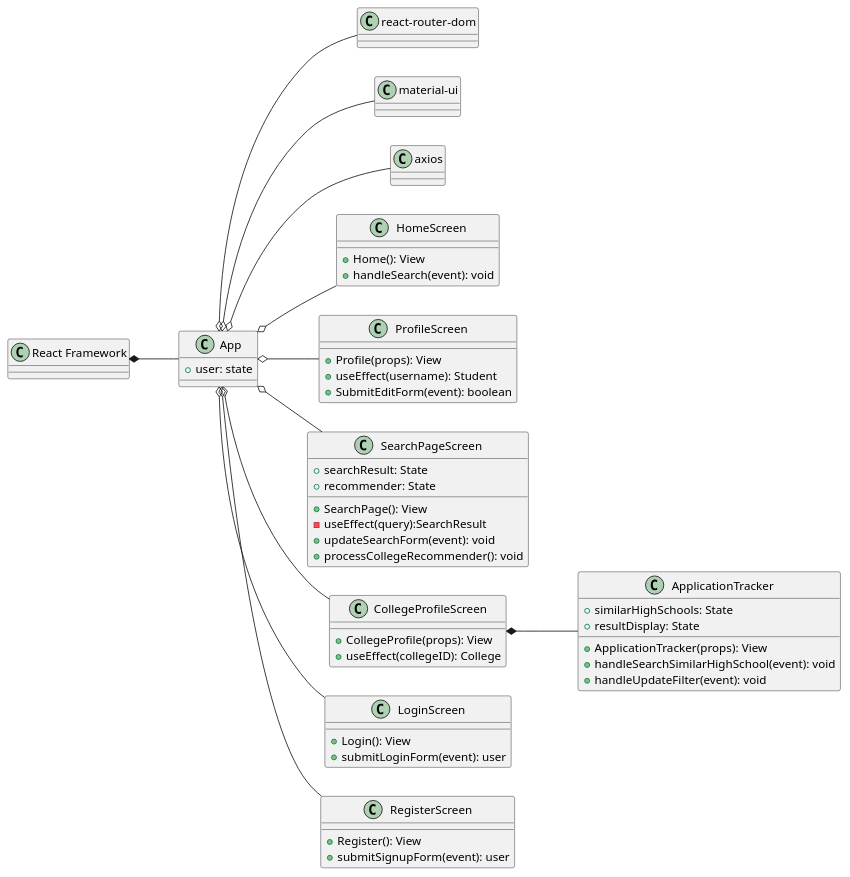
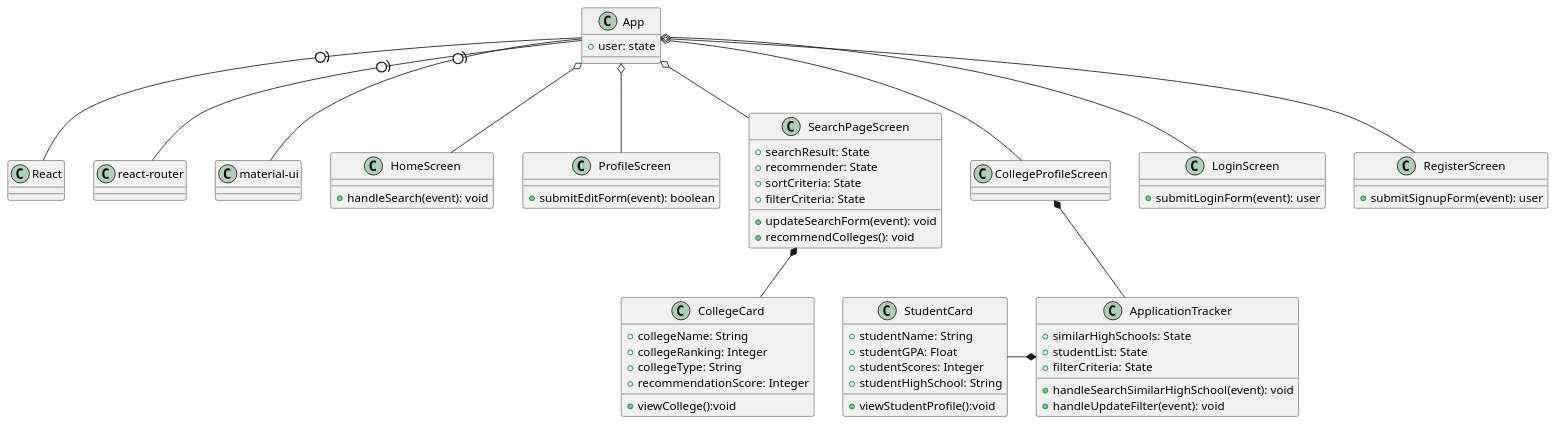
The diagram in design/fronend_class.wsd (Omarfos/CSE416), drawn with PlantUML before and after one commit.

Commit message:
frontend draft 3

```diff
--- a/design/fronend_class.wsd
+++ b/design/fronend_class.wsd
@@ -1,69 +1,78 @@
 @startuml frontend
-left to right direction
+'left to right direction
 
 class App{
     +user: state
 }
-class "React Framework"{
+class "React"{
 }
-"React Framework" *-- App
-App o-- "react-router-dom"
-App o-- "material-ui"
-App o-- axios 
+App -(0- "React"
+App -(0- "react-router"
+App -(0- "material-ui"
+
 
 class HomeScreen{
-    +Home(): View
     +handleSearch(event): void
 }
 
 class ProfileScreen{
-    +Profile(props): View
-    +useEffect(username): Student
-    +SubmitEditForm(event): boolean
+    +submitEditForm(event): boolean
 }
 
 class SearchPageScreen{
     +searchResult: State
     +recommender: State
-    +SearchPage(): View
-    -useEffect(query):SearchResult
+    +sortCriteria: State
+    +filterCriteria: State
     +updateSearchForm(event): void
-    +processCollegeRecommender(): void
+    +recommendColleges(): void
 }
 
+class CollegeCard{
+    +collegeName: String 
+    +collegeRanking: Integer
+    +collegeType: String
+    +recommendationScore: Integer
+    +viewCollege():void
+}
+SearchPageScreen*--CollegeCard
+
 class CollegeProfileScreen{
-    +CollegeProfile(props): View
-    +useEffect(collegeID): College
 }  
 
 class ApplicationTracker{
     +similarHighSchools: State
-    +resultDisplay: State
-    +ApplicationTracker(props): View
+    +studentList: State
+    +filterCriteria: State
     +handleSearchSimilarHighSchool(event): void
     +handleUpdateFilter(event): void
 }
-
+class StudentCard{
+    +studentName: String    
+    +studentGPA: Float
+    +studentScores: Integer
+    +studentHighSchool: String
+    +viewStudentProfile():void
+}
+StudentCard -* ApplicationTracker
 CollegeProfileScreen *-- ApplicationTracker
 
 class LoginScreen{
-    +Login(): View
     +submitLoginForm(event): user
 } 
 
 class RegisterScreen{
-    +Register(): View
     +submitSignupForm(event): user
 }
 
 
 App o-- HomeScreen
 App o-- ProfileScreen
 App o-- SearchPageScreen
 App o-- CollegeProfileScreen
 App o-- LoginScreen
 App o-- RegisterScreen
 
 
 
 @enduml
```
